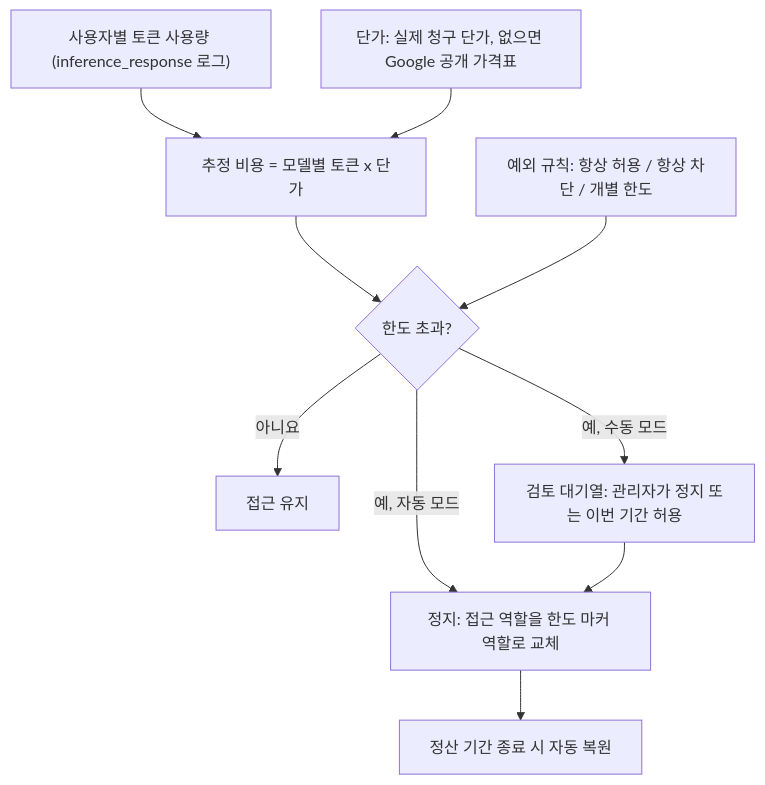
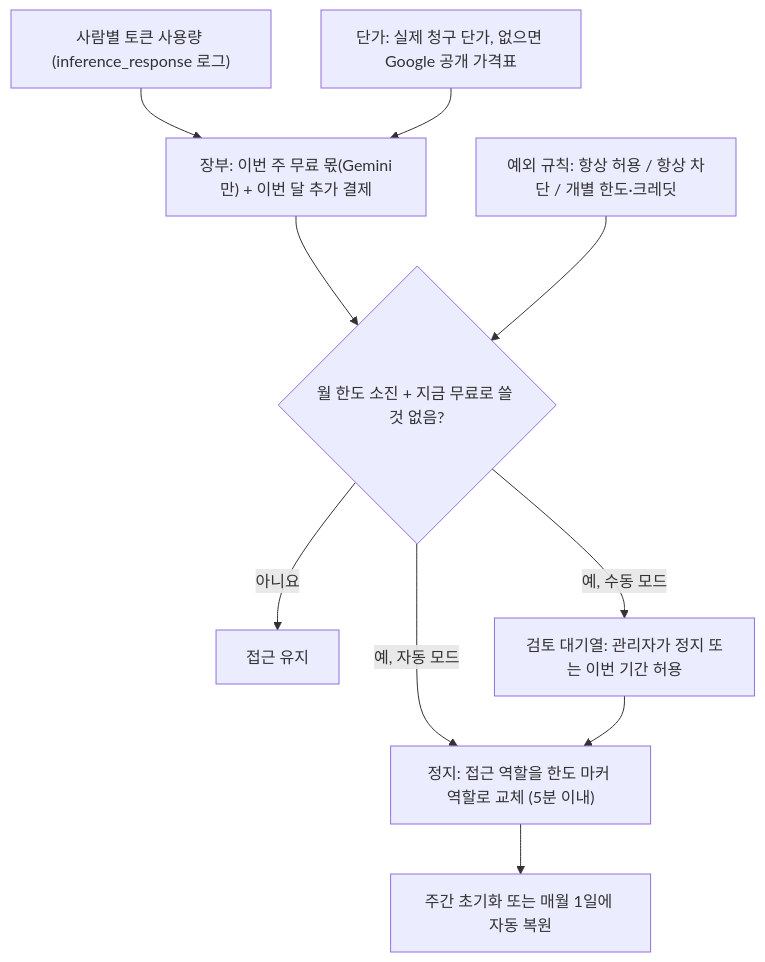
Before and after one commit to ldu1225/enterprise-ai-governance-dashboard: the third of 3 diagrams in README.md, drawn with Mermaid. The commit also changed other lines of this file and 24 other files, not shown here.

````diff
--- a/README.md
+++ b/README.md
@@ -577,12 +591,12 @@
 ```mermaid
 flowchart TD
-  usage["사용자별 토큰 사용량 (inference_response 로그)"] --> cost["추정 비용 = 모델별 토큰 x 단가"]
-  prices["단가: 실제 청구 단가, 없으면 Google 공개 가격표"] --> cost
-  cost --> check{"한도 초과?"}
-  rules["예외 규칙: 항상 허용 / 항상 차단 / 개별 한도"] --> check
+  usage["사람별 토큰 사용량 (inference_response 로그)"] --> ledger["장부: 이번 주 무료 몫(Gemini만) + 이번 달 추가 결제"]
+  prices["단가: 실제 청구 단가, 없으면 Google 공개 가격표"] --> ledger
+  ledger --> check{"월 한도 소진 + 지금 무료로 쓸 것 없음?"}
+  rules["예외 규칙: 항상 허용 / 항상 차단 / 개별 한도·크레딧"] --> check
   check -- "아니요" --> keep["접근 유지"]
-  check -- "예, 자동 모드" --> suspend["정지: 접근 역할을 한도 마커 역할로 교체"]
+  check -- "예, 자동 모드" --> suspend["정지: 접근 역할을 한도 마커 역할로 교체 (5분 이내)"]
   check -- "예, 수동 모드" --> queue["검토 대기열: 관리자가 정지 또는 이번 기간 허용"]
   queue --> suspend
-  suspend --> reset["정산 기간 종료 시 자동 복원"]
+  suspend --> reset["주간 초기화 또는 매월 1일에 자동 복원"]
 ```
````
